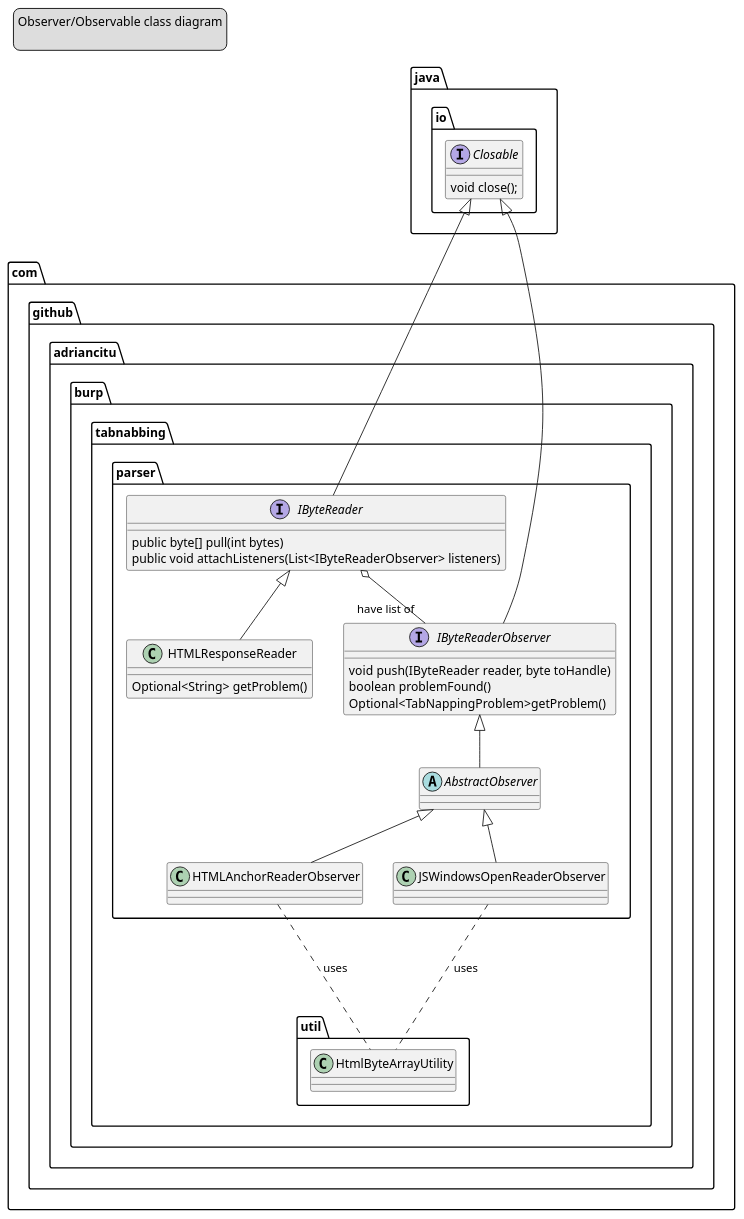
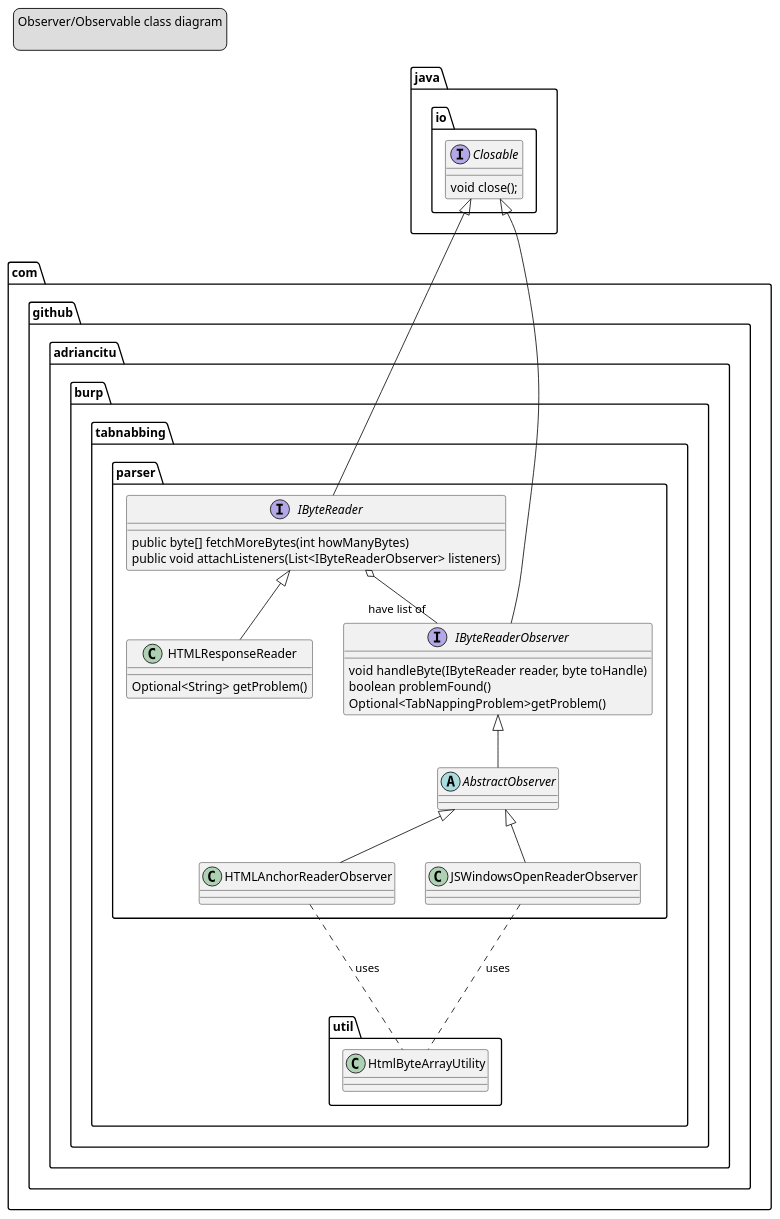
One commit to AdrianCitu/burp-tabnabbing-extension changed the diagram in src/main/resources/com/github/adriancitu.burp/tabnabbing/parser/ObserverClassDiagram.puml. Above: the diagram before and after it, drawn with PlantUML. The commit also changed 14 other files, not shown here.

```diff
--- a/src/main/resources/com/github/adriancitu.burp/tabnabbing/parser/ObserverClassDiagram.puml
+++ b/src/main/resources/com/github/adriancitu.burp/tabnabbing/parser/ObserverClassDiagram.puml
@@ -1,56 +1,56 @@
 @startuml
 legend top left
 Observer/Observable class diagram
 
 end legend
 
 package java.io {
 interface Closable {
     void close();
 }
 }
 
 package com.github.adriancitu.burp.tabnabbing.parser {
 interface IByteReader {
-   public byte[] pull(int bytes)
+   public byte[] fetchMoreBytes(int howManyBytes)
    public void attachListeners(List<IByteReaderObserver> listeners)
 }
 
 interface IByteReaderObserver {
-    void push(IByteReader reader, byte toHandle)
+    void handleByte(IByteReader reader, byte toHandle)
     boolean problemFound()
     Optional<TabNappingProblem>getProblem()
 }
 
 abstract class AbstractObserver
 class HTMLResponseReader {
     Optional<String> getProblem()
 }
 
 
 
 
 
 Closable  <|-- IByteReader
 Closable  <|-- IByteReaderObserver
 
 
 IByteReaderObserver <|-- AbstractObserver
 
 AbstractObserver <|-- HTMLAnchorReaderObserver
 AbstractObserver <|-- JSWindowsOpenReaderObserver
 
 }
 
 package com.github.adriancitu.burp.tabnabbing.util {
     class HtmlByteArrayUtility
 
 
 HTMLAnchorReaderObserver ... HtmlByteArrayUtility: uses
 JSWindowsOpenReaderObserver ... HtmlByteArrayUtility: uses
 
 IByteReader <|-- HTMLResponseReader
 
 IByteReader o-- "have list of" IByteReaderObserver
 }
 @enduml
```
